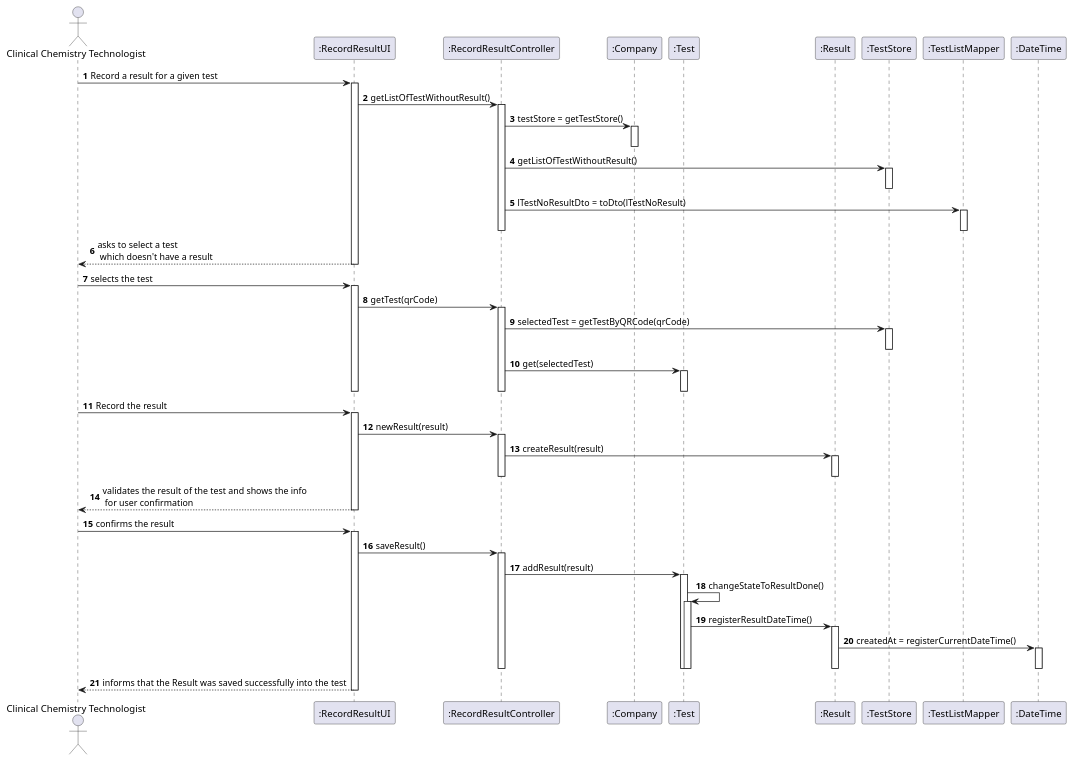
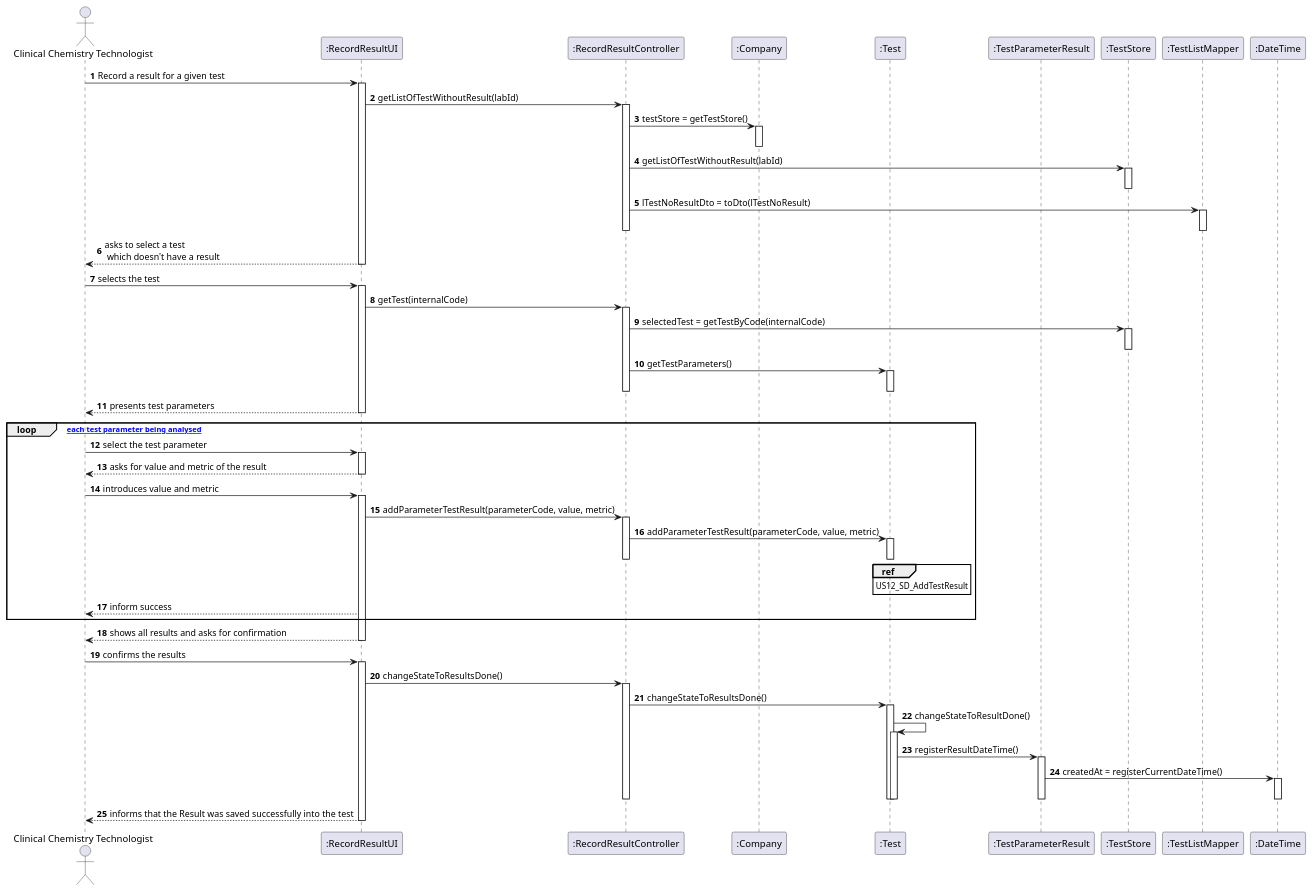
One commit to GuilhermeCunha79/lapr2 changed the diagram in docs/SprintC/US12/US12_SD.puml. Above: the diagram before and after it, drawn with PlantUML. The commit also changed 10 other files, not shown here.

Commit message:
Update of the diagrams [UC-12] [Design]

```diff
--- a/docs/SprintC/US12/US12_SD.puml
+++ b/docs/SprintC/US12/US12_SD.puml
@@ -1,74 +1,86 @@
 @startuml
 'https://plantuml.com/sequence-diagram
 
 autonumber
 
 actor "Clinical Chemistry Technologist" as CCT
 participant ":RecordResultUI" as UI
 participant ":RecordResultController" as CTRL
 participant ":Company" as COMP
 participant ":Test" as T
-participant ":Result" as RPRT
+participant ":TestParameterResult" as TPR
 participant ":TestStore" as TS
 participant ":TestListMapper" as TLM
 participant ":DateTime" as DT
 
 CCT -> UI : Record a result for a given test
 activate UI
-UI -> CTRL :  getListOfTestWithoutResult()
+UI -> CTRL :  getListOfTestWithoutResult(labId)
     activate CTRL
         CTRL -> COMP : testStore = getTestStore()
         activate COMP
         deactivate COMP
-        CTRL -> TS : getListOfTestWithoutResult()
+        CTRL -> TS : getListOfTestWithoutResult(labId)
         activate TS
         deactivate TS
         CTRL -> TLM : lTestNoResultDto = toDto(lTestNoResult)
         activate TLM
         deactivate TLM
     deactivate CTRL
 UI --> CCT : asks to select a test \n which doesn't have a result
 deactivate UI
 CCT -> UI : selects the test
 activate UI
-UI -> CTRL : getTest(qrCode)
+UI -> CTRL : getTest(internalCode)
     activate CTRL
-        CTRL -> TS : selectedTest = getTestByQRCode(qrCode)
+        CTRL -> TS : selectedTest = getTestByCode(internalCode)
         activate TS
         deactivate TS
-        CTRL -> T : get(selectedTest)
+        CTRL -> T : getTestParameters()
         activate T
         deactivate T
     deactivate CTRL
+UI --> CCT : presents test parameters
 deactivate UI
-CCT -> UI : Record the result
+loop [for each test parameter being analysed]
+CCT -> UI : select the test parameter
 activate UI
-UI -> CTRL : newResult(result)
+UI --> CCT : asks for value and metric of the result
+deactivate UI
+CCT -> UI : introduces value and metric
+activate UI
+UI -> CTRL : addParameterTestResult(parameterCode, value, metric)
     activate CTRL
-        CTRL -> RPRT : createResult(result)
-        activate RPRT
-        deactivate RPRT
+        CTRL -> T : addParameterTestResult(parameterCode, value, metric)
+        activate T
+        ref over T
+            US12_SD_AddTestResult
+        end ref
+        deactivate T
     deactivate CTRL
-UI --> CCT : validates the result of the test and shows the info \n for user confirmation
+UI --> CCT : inform success
+
+end loop
+UI --> CCT : shows all results and asks for confirmation
 deactivate UI
-CCT -> UI : confirms the result
+CCT -> UI : confirms the results
 activate UI
-UI -> CTRL : saveResult()
+UI -> CTRL : changeStateToResultsDone()
     activate CTRL
-        CTRL -> T : addResult(result)
+        CTRL -> T : changeStateToResultsDone()
         activate T
             T -> T : changeStateToResultDone()
             activate T
-                T -> RPRT : registerResultDateTime()
-                activate RPRT
-                    RPRT -> DT : createdAt = registerCurrentDateTime()
+                T -> TPR : registerResultDateTime()
+                activate TPR
+                    TPR -> DT : createdAt = registerCurrentDateTime()
                     activate DT
                     deactivate DT
-                deactivate RPRT
+                deactivate TPR
             deactivate T
         deactivate T
     deactivate CTRL
 UI --> CCT : informs that the Result was saved successfully into the test
 deactivate UI
 
 @enduml
```
